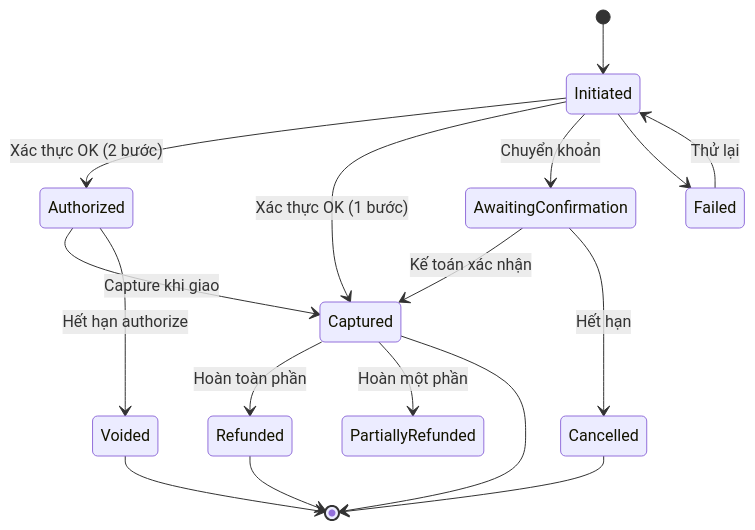
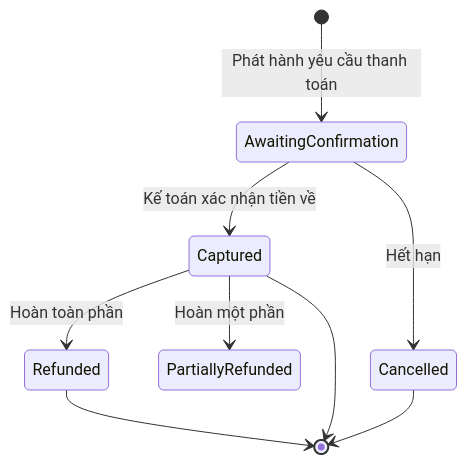
One commit to KLTN-FA26/docs changed the first of 2 diagrams in docs/ecommerce/15-payment/README.md. Above: the diagram before and after it, drawn with Mermaid. The commit also changed other lines of this file and 21 other files, not shown here.

````diff
--- a/docs/ecommerce/15-payment/README.md
+++ b/docs/ecommerce/15-payment/README.md
@@ -130,19 +107,11 @@
 ```mermaid
 stateDiagram-v2
-    [*] --> Initiated
-    Initiated --> Authorized: Xác thực OK (2 bước)
-    Initiated --> Captured: Xác thực OK (1 bước)
-    Initiated --> AwaitingConfirmation: Chuyển khoản
-    AwaitingConfirmation --> Captured: Kế toán xác nhận
+    [*] --> AwaitingConfirmation: Phát hành yêu cầu thanh toán
+    AwaitingConfirmation --> Captured: Kế toán xác nhận tiền về
     AwaitingConfirmation --> Cancelled: Hết hạn
-    Authorized --> Captured: Capture khi giao
-    Authorized --> Voided: Hết hạn authorize
-    Initiated --> Failed
-    Failed --> Initiated: Thử lại
     Captured --> Refunded: Hoàn toàn phần
     Captured --> PartiallyRefunded: Hoàn một phần
     Captured --> [*]
-    Voided --> [*]
     Cancelled --> [*]
     Refunded --> [*]
 ```
````
